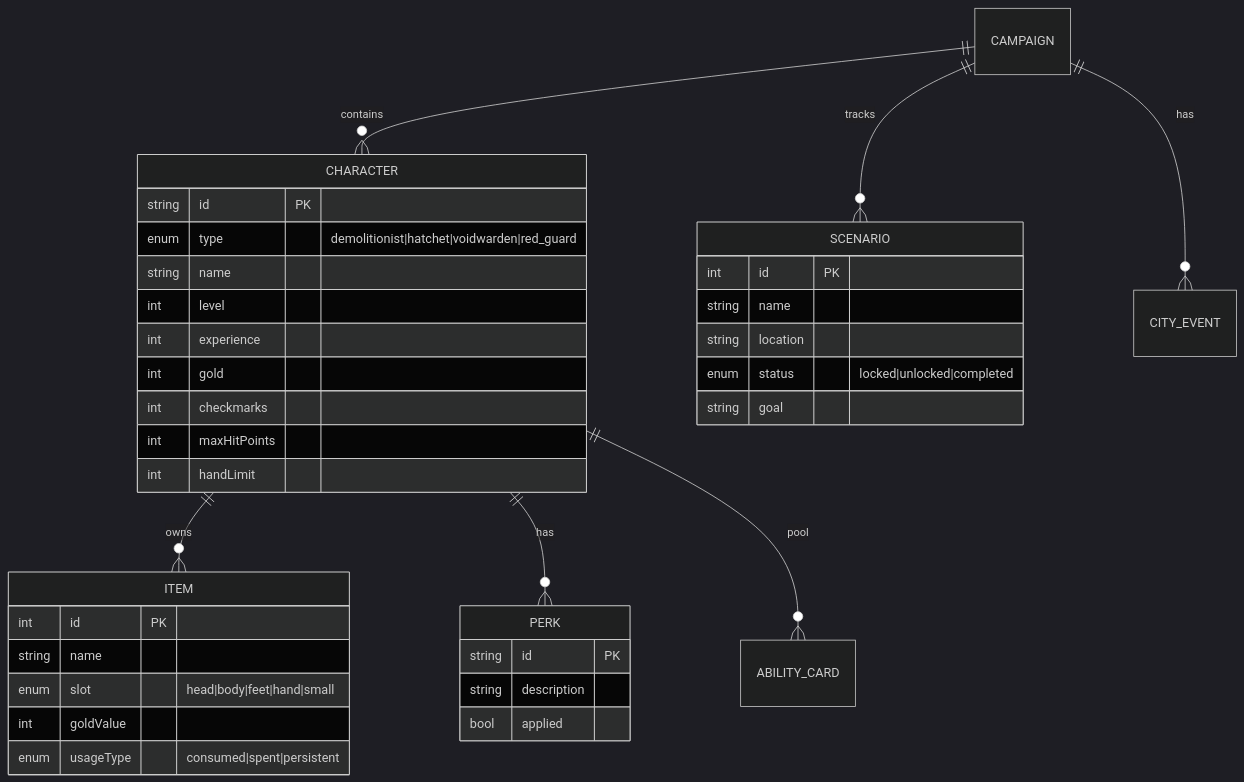
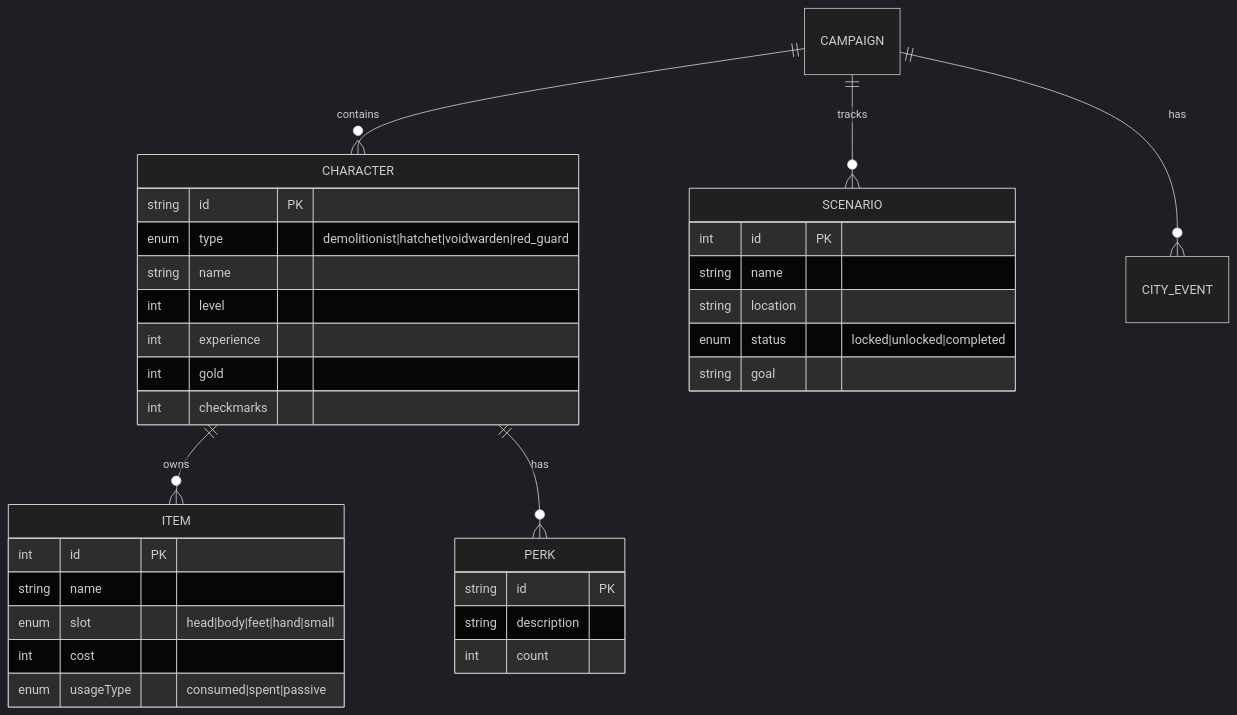
One commit to Sinimus/jotl-companion changed the first of 2 diagrams in BLUEPRINT.md. Above: the diagram before and after it, drawn with Mermaid (dark theme). The commit also changed other lines of this file and 1 other file, not shown here.

````diff
--- a/BLUEPRINT.md
+++ b/BLUEPRINT.md
@@ -29,44 +80,41 @@
 ```mermaid
 erDiagram
     CAMPAIGN ||--o{ CHARACTER : contains
     CAMPAIGN ||--o{ SCENARIO : tracks
     CAMPAIGN ||--o{ CITY_EVENT : has
 
     CHARACTER ||--o{ ITEM : owns
     CHARACTER ||--o{ PERK : has
-    CHARACTER ||--o{ ABILITY_CARD : pool
 
     CHARACTER {
         string id PK
         enum type "demolitionist|hatchet|voidwarden|red_guard"
         string name
         int level
         int experience
         int gold
         int checkmarks
-        int maxHitPoints
-        int handLimit
     }
 
     SCENARIO {
         int id PK
         string name
         string location
         enum status "locked|unlocked|completed"
         string goal
     }
 
     PERK {
         string id PK
         string description
-        bool applied
+        int count
     }
 
     ITEM {
         int id PK
         string name
         enum slot "head|body|feet|hand|small"
-        int goldValue
-        enum usageType "consumed|spent|persistent"
+        int cost
+        enum usageType "consumed|spent|passive"
     }
 ```
````
